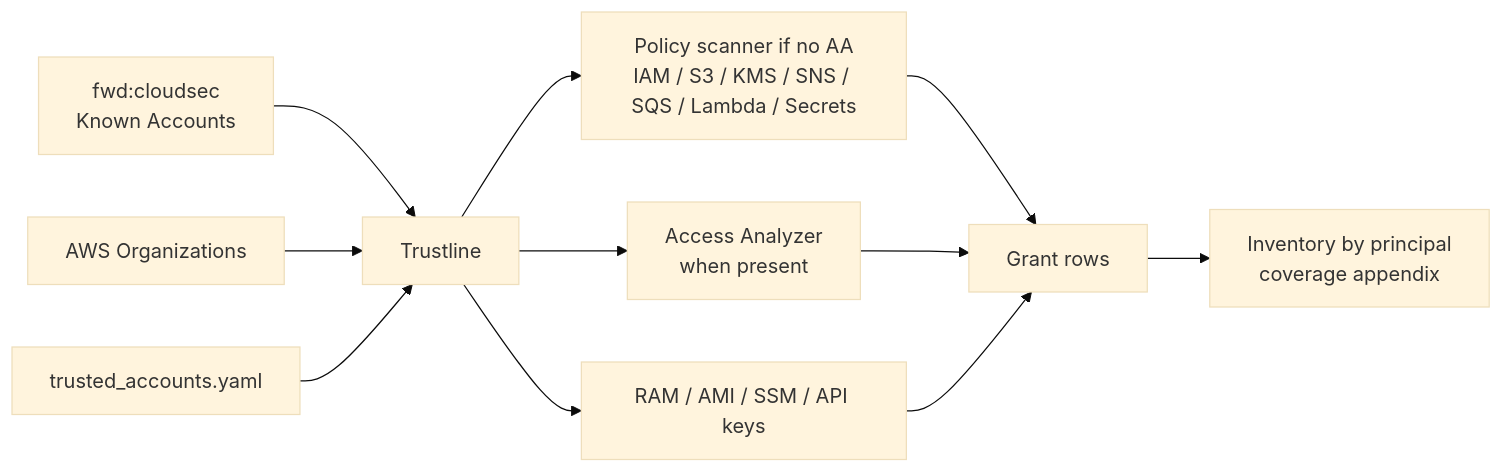
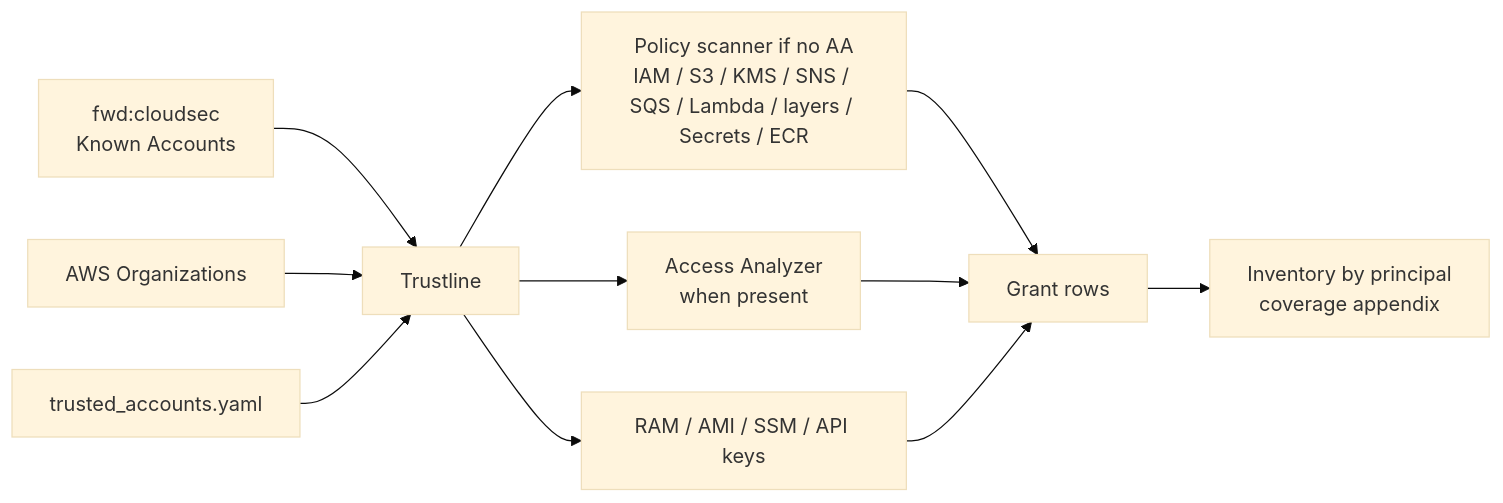
One commit to zoph-io/aws-trustline changed the diagram in README.md. Above: the diagram before and after it, drawn with Mermaid (base theme). The commit also changed other lines of this file and 4 other files, not shown here.

First line of the commit message:
feat: filter HTML inventory by class and scan ECR plus Lambda layers

````diff
--- a/README.md
+++ b/README.md
@@ -93,13 +93,13 @@
 ```mermaid
 flowchart LR
     A["fwd:cloudsec<br/>Known Accounts"] --> D[Trustline]
     B[AWS Organizations] --> D
     C[trusted_accounts.yaml] --> D
-    D --> P["Policy scanner if no AA<br/>IAM / S3 / KMS / SNS / SQS / Lambda / Secrets"]
+    D --> P["Policy scanner if no AA<br/>IAM / S3 / KMS / SNS / SQS / Lambda / layers / Secrets / ECR"]
     D --> AA["Access Analyzer<br/>when present"]
     D --> X["RAM / AMI / SSM / API keys"]
     P --> G["Grant rows"]
     AA --> G
     X --> G
     G --> R["Inventory by principal<br/>coverage appendix"]
 ```
````
